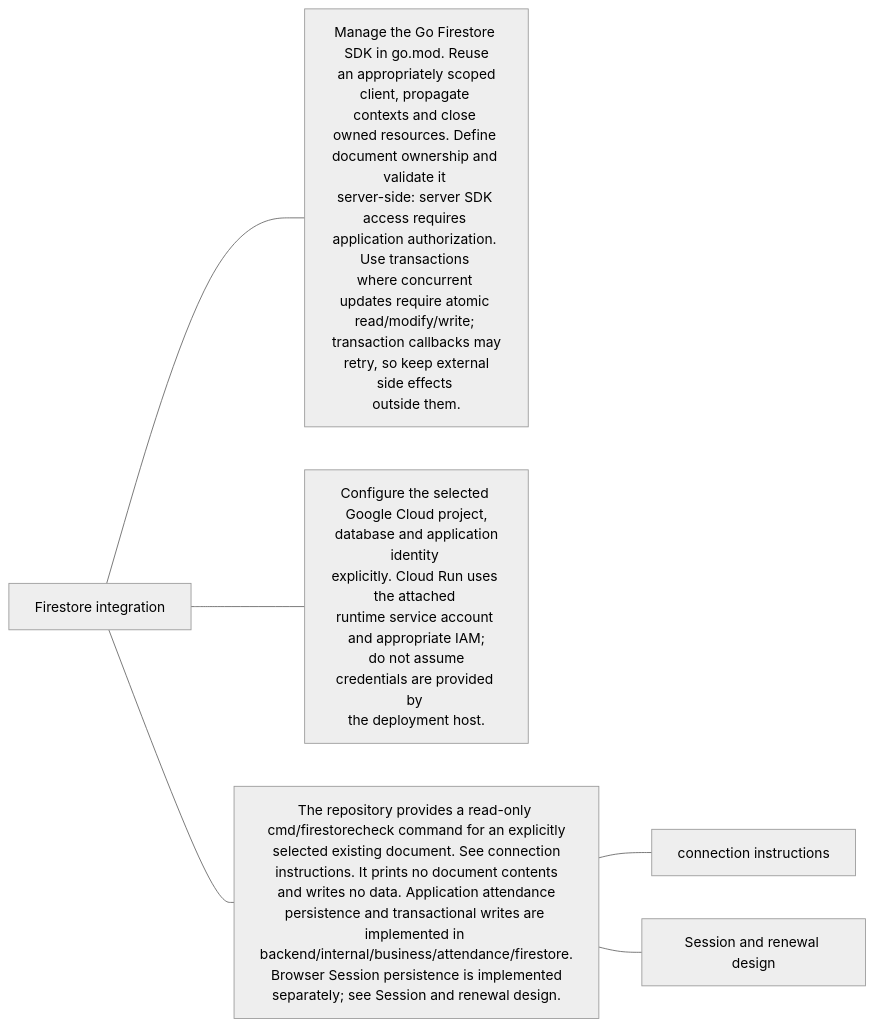
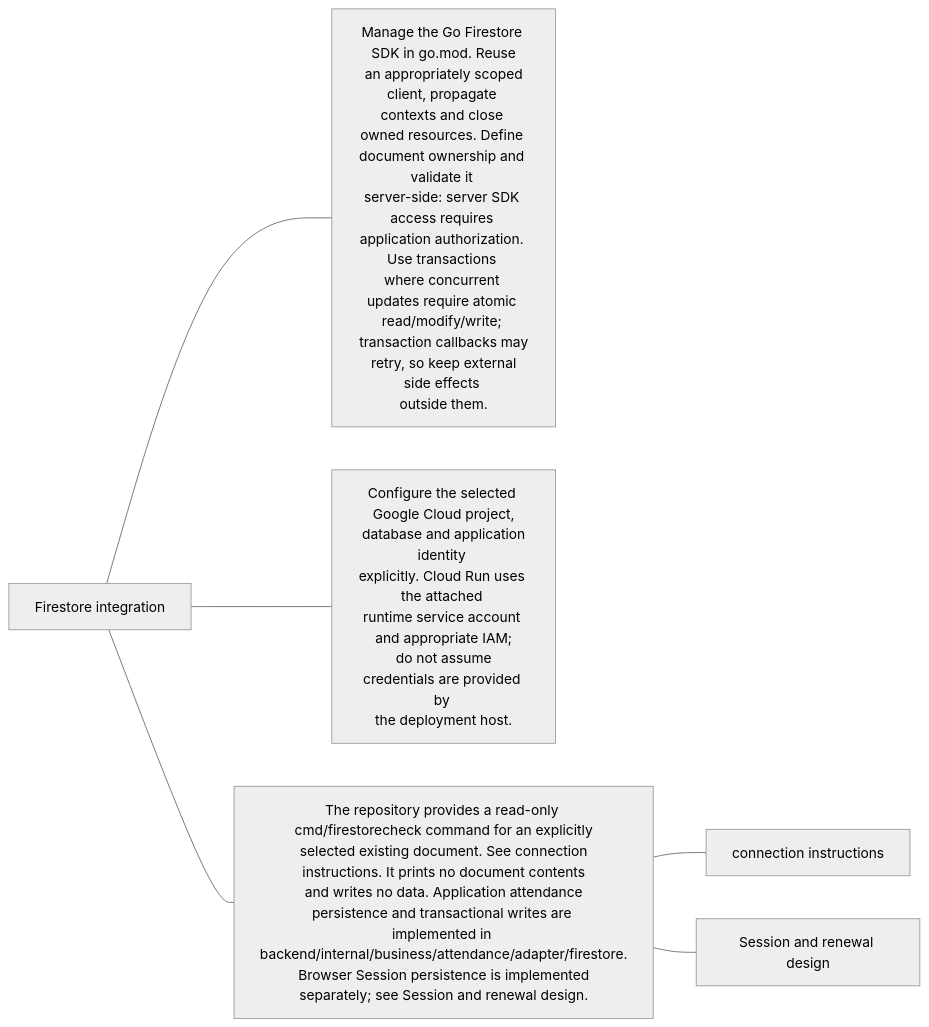
Before and after one commit to 963sup/line-mini-app-bot: the first of 2 diagrams in docs/architecture/storage/firestore.md, drawn with Mermaid (neutral theme). The commit also changed 20 other files, not shown here.

Commit message:
docs(backend): align architecture diagrams and nested package guides

````diff
--- a/docs/architecture/storage/firestore.md
+++ b/docs/architecture/storage/firestore.md
@@ -5,11 +5,11 @@
 ```mermaid
 flowchart LR
   h["Firestore integration"]
   h --- n0["Manage the Go Firestore SDK in go.mod. Reuse<br/> an appropriately scoped client, propagate <br/>contexts and close owned resources. Define <br/>document ownership and validate it <br/>server-side: server SDK access requires <br/>application authorization. Use transactions <br/>where concurrent updates require atomic <br/>read/modify/write; transaction callbacks may<br/> retry, so keep external side effects <br/>outside them."]
   h --- n1["Configure the selected Google Cloud project,<br/> database and application identity <br/>explicitly. Cloud Run uses the attached <br/>runtime service account and appropriate IAM;<br/> do not assume credentials are provided by <br/>the deployment host."]
-  h --- n2["The repository provides a read-only <br/>cmd/firestorecheck command for an explicitly<br/> selected existing document. See connection <br/>instructions. It prints no document contents<br/> and writes no data. Application attendance <br/>persistence and transactional writes are <br/>implemented in <br/>backend/internal/business/attendance/firestore.<br/> Browser Session persistence is implemented <br/>separately; see Session and renewal design."]
+  h --- n2["The repository provides a read-only <br/>cmd/firestorecheck command for an explicitly<br/> selected existing document. See connection <br/>instructions. It prints no document contents<br/> and writes no data. Application attendance <br/>persistence and transactional writes are <br/>implemented in <br/>backend/internal/business/attendance/adapter/firestore.<br/> Browser Session persistence is implemented <br/>separately; see Session and renewal design."]
   n2 --- n2l0["connection instructions"]
   click n2l0 "../../guides/line-setup/README.md#firestore-唯讀連線"
   n2 --- n2l1["Session and renewal design"]
   click n2l1 "../identity/browser-session.md"
 ```
````
